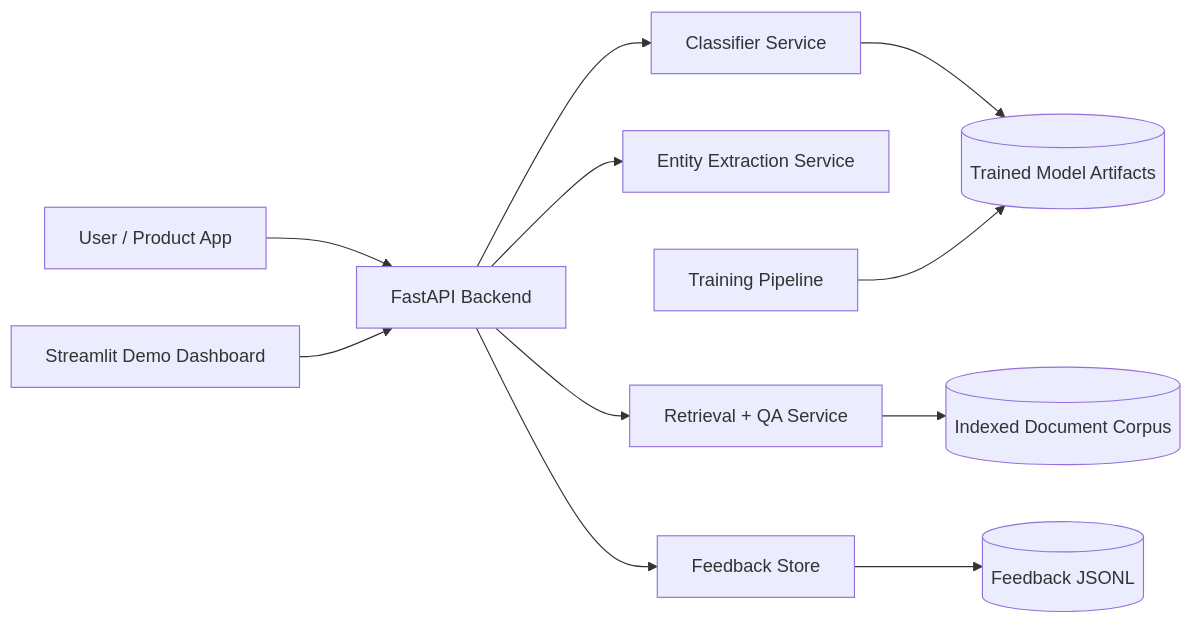
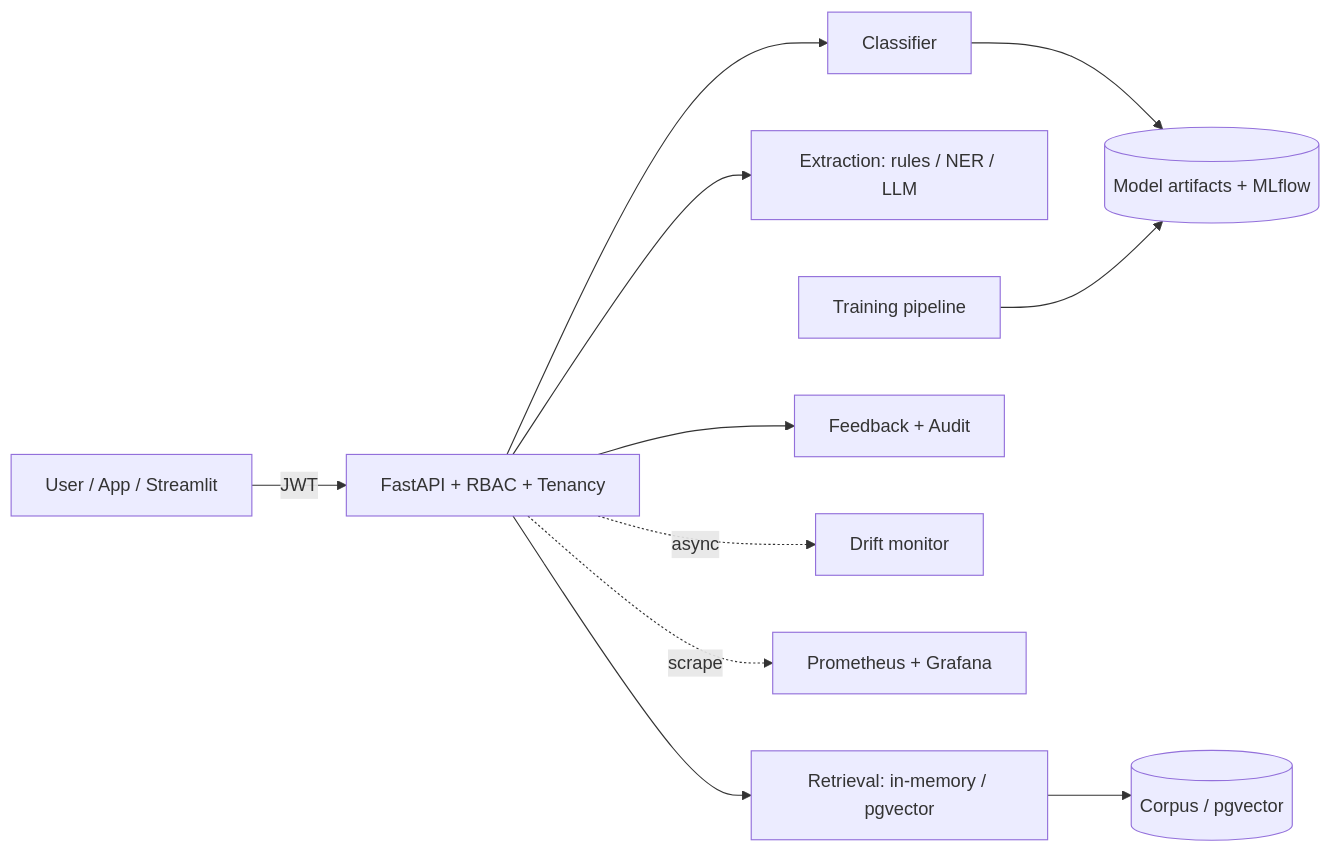
The diagram in README.md (TagoreNand/aiml-showcase-project), drawn with Mermaid before and after one commit. The commit also changed other lines of this file and 77 other files, not shown here.

Commit message:
feat: v2.0 - pgvector retrieval, dense embeddings, OCR, NER/LLM extraction, JWT auth/RBAC, MLflow, Prometheus, drift monitoring, Docker/K8s; 160-example training set

````diff
--- a/README.md
+++ b/README.md
@@ -62,13 +50,13 @@
 ```mermaid
 flowchart LR
-    A[User / Product App] --> B[FastAPI Backend]
-    B --> C[Classifier Service]
-    B --> D[Entity Extraction Service]
-    B --> E[Retrieval + QA Service]
-    B --> F[Feedback Store]
-    C --> G[(Trained Model Artifacts)]
-    E --> H[(Indexed Document Corpus)]
-    F --> I[(Feedback JSONL)]
-    J[Training Pipeline] --> G
-    K[Streamlit Demo Dashboard] --> B
+    A[User / App / Streamlit] -->|JWT| B[FastAPI + RBAC + Tenancy]
+    B --> C[Classifier]
+    B --> D[Extraction: rules / NER / LLM]
+    B --> E[Retrieval: in-memory / pgvector]
+    B --> F[Feedback + Audit]
+    C --> G[(Model artifacts + MLflow)]
+    E --> H[(Corpus / pgvector)]
+    B -.async.-> I[Drift monitor]
+    B -.scrape.-> J[Prometheus + Grafana]
+    K[Training pipeline] --> G
 ```
````
